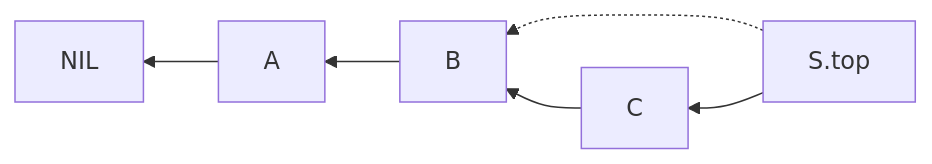
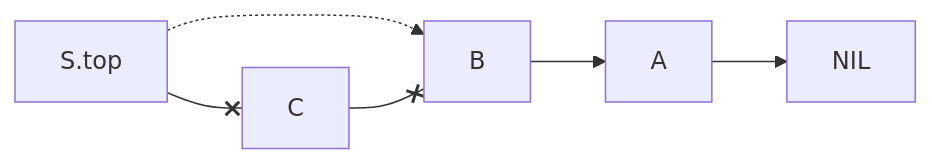
The tenth of 15 diagrams in Computer science/Data structures/Stack.md (Eurydia/notes-singularity), drawn with Mermaid before and after one commit. The commit also changed other lines of this file and 4 other files, not shown here.

````diff
--- a/Computer science/Data structures/Stack.md
+++ b/Computer science/Data structures/Stack.md
@@ -82,5 +82,5 @@
 	```mermaid
-	flowchart RL
+	flowchart LR
 		S.top-.->B
-		S.top-->C-->B-->A-->NIL
+		S.top--xC--xB-->A-->NIL
 	```
````
